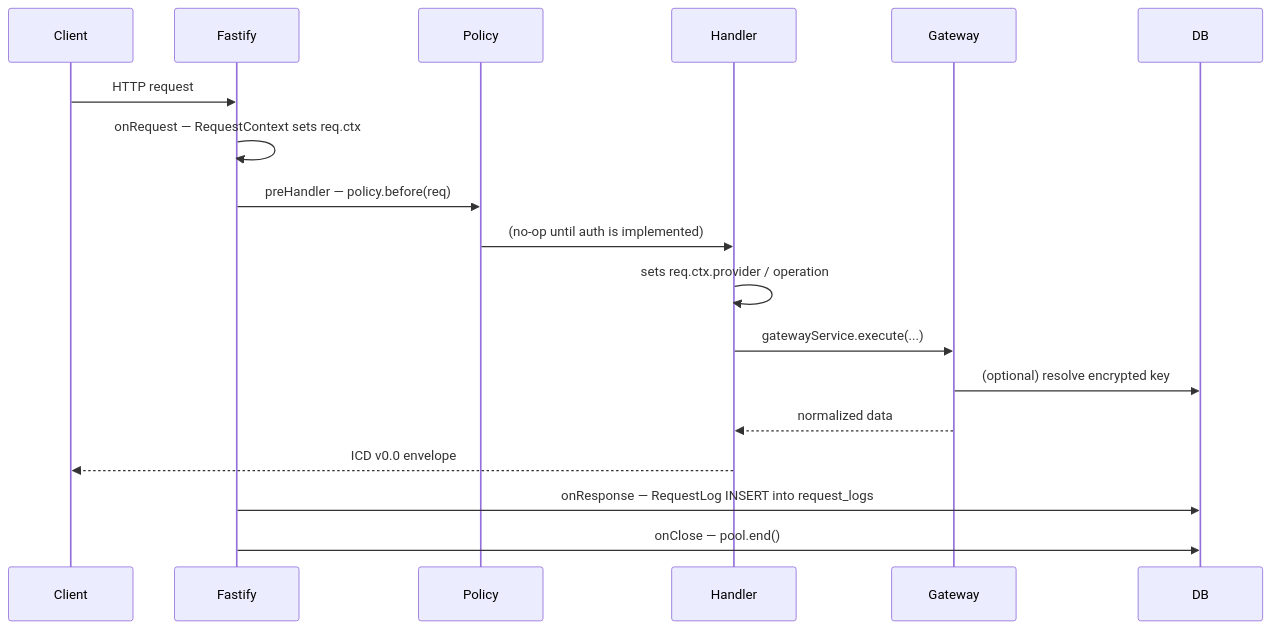
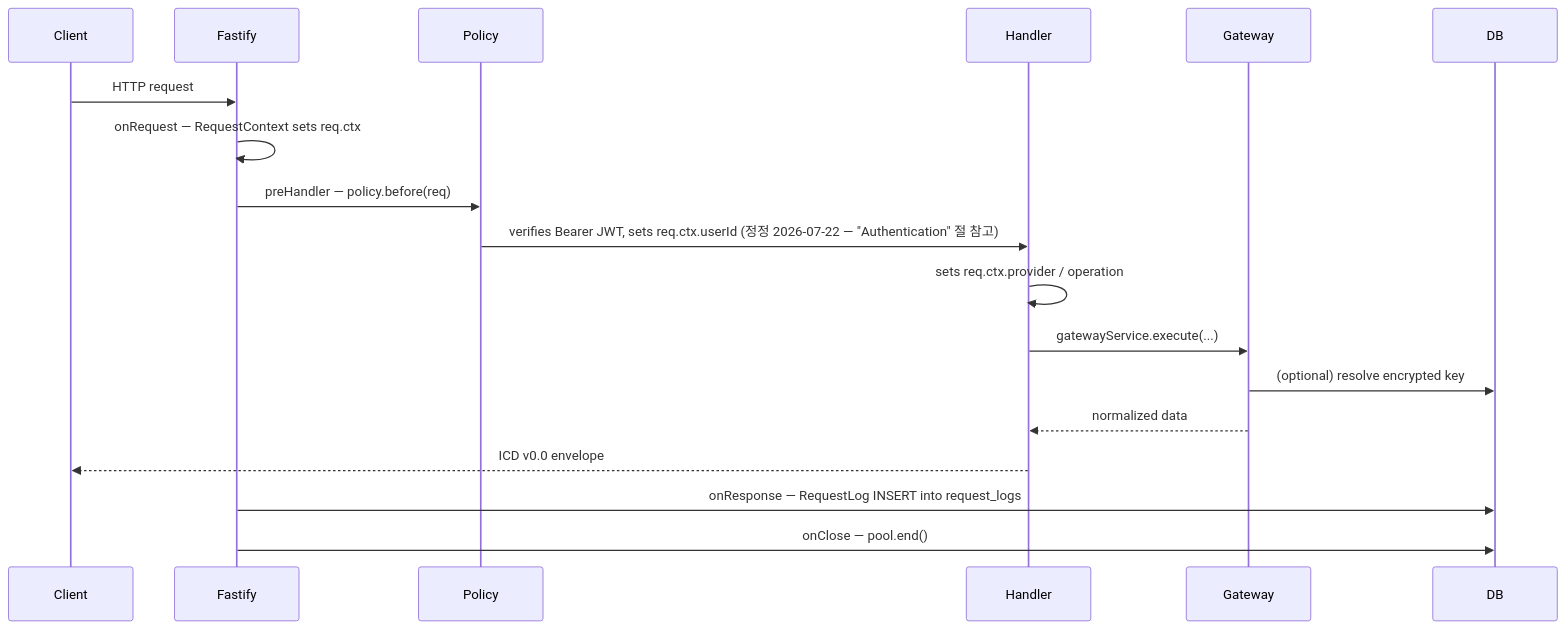
One commit to Jdukmin/LingOnDevDocs changed the second of 2 diagrams in backend/docs/DevelopmentGuide.md. Above: the diagram before and after it, drawn with Mermaid. The commit also changed other lines of this file and 25 other files, not shown here.

````diff
--- a/backend/docs/DevelopmentGuide.md
+++ b/backend/docs/DevelopmentGuide.md
@@ -48,21 +48,21 @@
 ```mermaid
 sequenceDiagram
     participant Client
     participant Fastify
     participant Policy
     participant Handler
     participant Gateway
     participant DB
 
     Client->>Fastify: HTTP request
     Fastify->>Fastify: onRequest — RequestContext sets req.ctx
     Fastify->>Policy: preHandler — policy.before(req)
-    Policy->>Handler: (no-op until auth is implemented)
+    Policy->>Handler: verifies Bearer JWT, sets req.ctx.userId (정정 2026-07-22 — "Authentication" 절 참고)
     Handler->>Handler: sets req.ctx.provider / operation
     Handler->>Gateway: gatewayService.execute(...)
     Gateway->>DB: (optional) resolve encrypted key
     Gateway-->>Handler: normalized data
     Handler-->>Client: ICD v0.0 envelope
     Fastify->>DB: onResponse — RequestLog INSERT into request_logs
     Fastify->>DB: onClose — pool.end()
 ```
````
